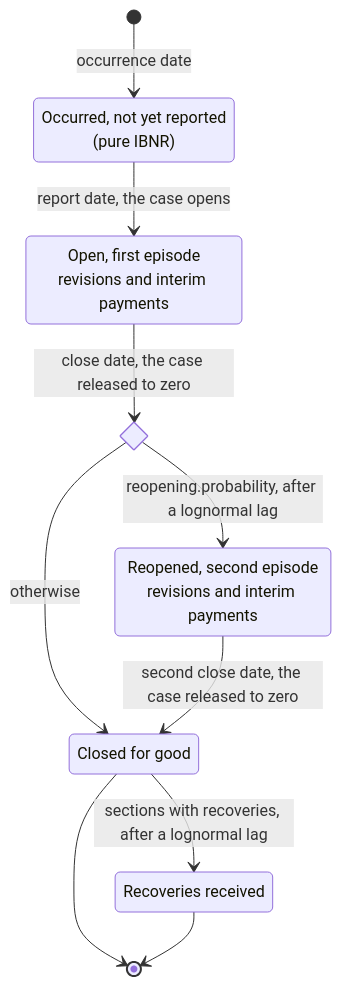
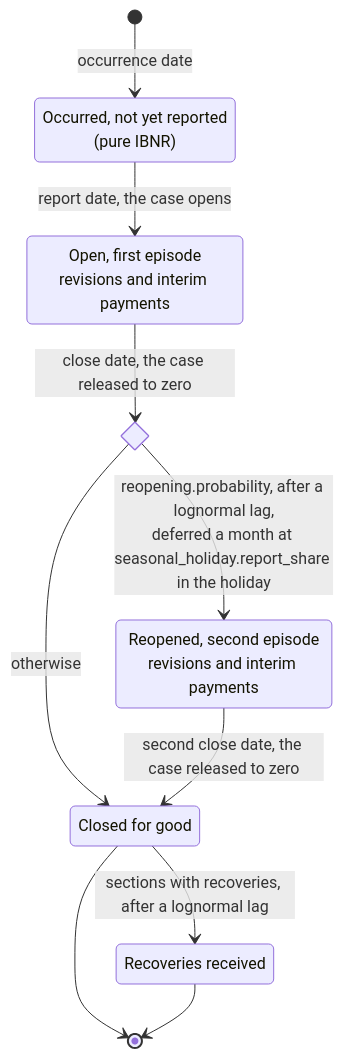
Before and after one commit to le-marais/claims-data-generator: the fifth of 10 diagrams in README.md, drawn with Mermaid. The commit also changed other lines of this file and 22 other files, not shown here.

First line of the commit message:
Defer a share of summer-holiday reports and payments to the next month (#36)

````diff
--- a/README.md
+++ b/README.md
@@ -199,18 +199,18 @@
 ```mermaid
 stateDiagram-v2
     state "Occurred, not yet reported<br/>(pure IBNR)" as Unreported
     state "Open, first episode<br/>revisions and interim payments" as FirstEpisode
     state reopens <<choice>>
     state "Reopened, second episode<br/>revisions and interim payments" as SecondEpisode
     state "Closed for good" as Settled
     state "Recoveries received" as Recovered
     [*] --> Unreported: occurrence date
     Unreported --> FirstEpisode: report date, the case opens
     FirstEpisode --> reopens: close date, the case released to zero
-    reopens --> SecondEpisode: reopening.probability, after a lognormal lag
+    reopens --> SecondEpisode: reopening.probability, after a lognormal lag,<br/>deferred a month at seasonal_holiday.report_share in the holiday
     reopens --> Settled: otherwise
     SecondEpisode --> Settled: second close date, the case released to zero
     Settled --> Recovered: sections with recoveries, after a lognormal lag
     Settled --> [*]
     Recovered --> [*]
 ```
````
